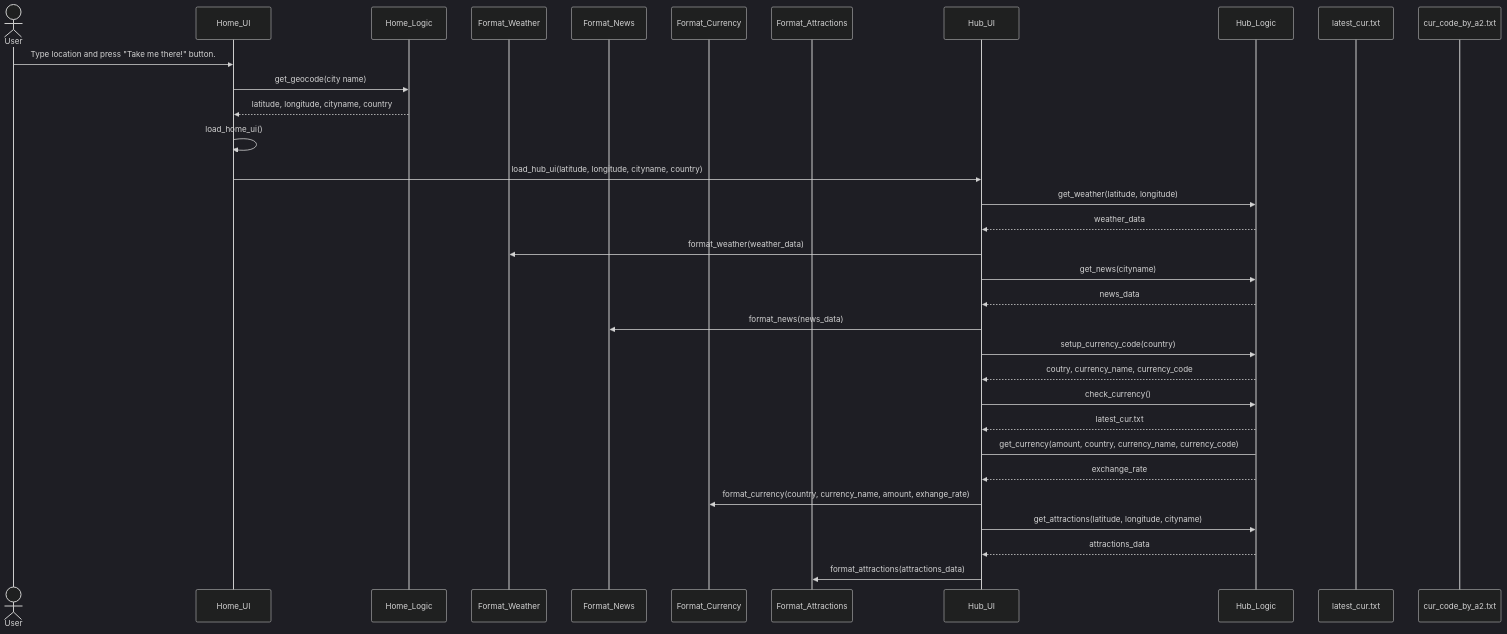
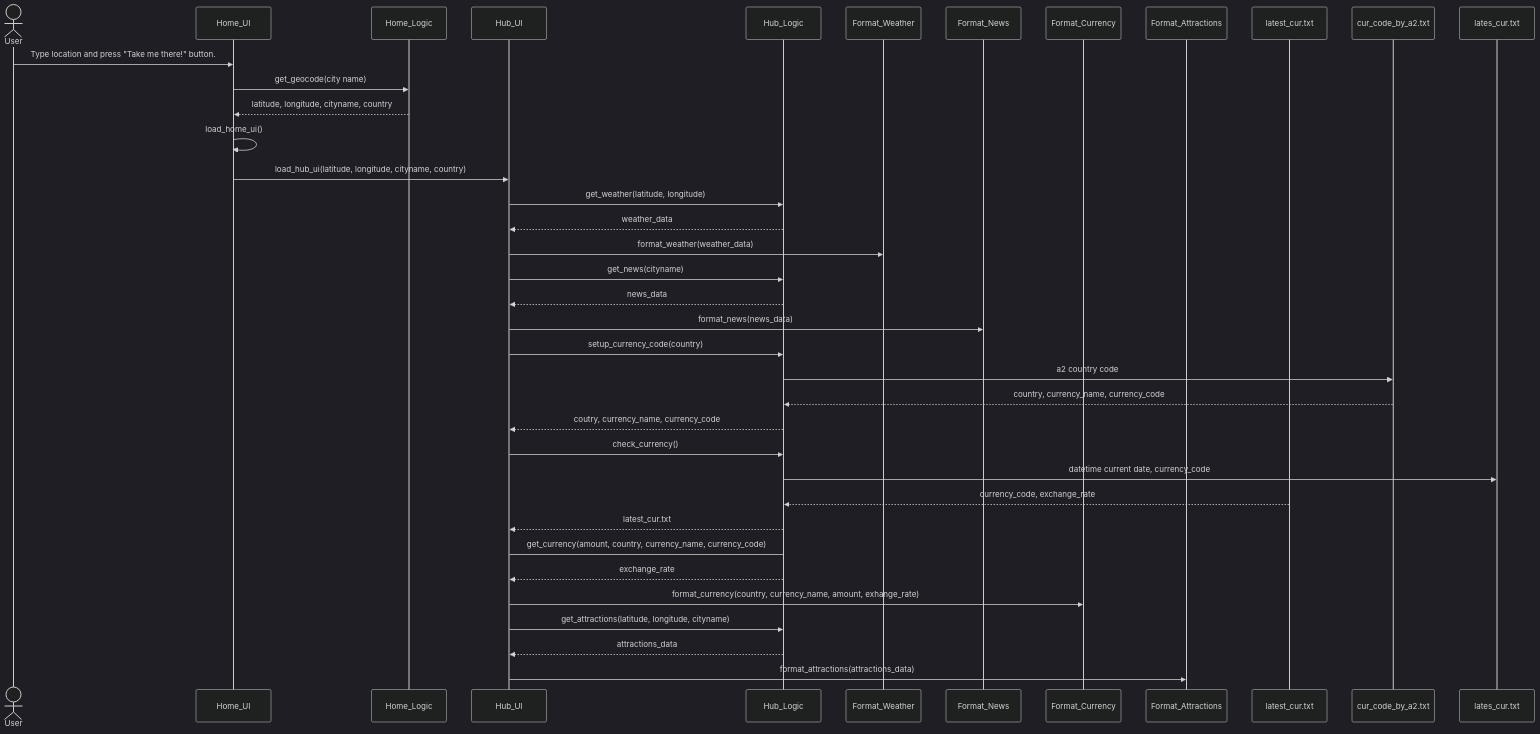
The second of 2 diagrams in dokumentaatio/arkkitehtuuri.md (kodtld/TravelHub), drawn with Mermaid (dark theme) before and after one commit.

````diff
--- a/dokumentaatio/arkkitehtuuri.md
+++ b/dokumentaatio/arkkitehtuuri.md
@@ -184,39 +184,43 @@
 ```mermaid
 sequenceDiagram
   actor User
   participant Home_UI
   participant Home_Logic
+  participant Hub_UI
+  participant Hub_Logic
   participant Format_Weather
   participant Format_News
   participant Format_Currency
   participant Format_Attractions
-  participant Hub_UI
-  participant Hub_Logic
   participant latest_cur.txt
   participant cur_code_by_a2.txt
   User->>Home_UI: Type location and press "Take me there!" button.
   Home_UI->>Home_Logic: get_geocode(city name)
   Home_Logic-->>Home_UI: latitude, longitude, cityname, country
   Home_UI->>Home_UI: load_home_ui()
   Home_UI->>Hub_UI: load_hub_ui(latitude, longitude, cityname, country)
   Hub_UI->>Hub_Logic: get_weather(latitude, longitude)
   Hub_Logic-->>Hub_UI: weather_data
   Hub_UI->>Format_Weather: format_weather(weather_data)
 
   Hub_UI->>Hub_Logic: get_news(cityname)
   Hub_Logic-->>Hub_UI: news_data
   Hub_UI->>Format_News: format_news(news_data)
 
   Hub_UI->>Hub_Logic: setup_currency_code(country)
+  Hub_Logic->>cur_code_by_a2.txt: a2 country code
+  cur_code_by_a2.txt-->>Hub_Logic: country, currency_name, currency_code
   Hub_Logic-->>Hub_UI: coutry, currency_name, currency_code
   Hub_UI->>Hub_Logic: check_currency()
+  Hub_Logic->>lates_cur.txt: datetime current date, currency_code
+  latest_cur.txt-->>Hub_Logic: currency_code, exchange_rate
   Hub_Logic-->>Hub_UI: latest_cur.txt
   Hub_UI->Hub_Logic: get_currency(amount, country, currency_name, currency_code)
   Hub_Logic-->>Hub_UI: exchange_rate
   Hub_UI->>Format_Currency: format_currency(country, currency_name, amount, exhange_rate)
 
   Hub_UI->>Hub_Logic: get_attractions(latitude, longitude, cityname)
   Hub_Logic-->>Hub_UI: attractions_data
   Hub_UI->>Format_Attractions: format_attractions(attractions_data)
 
 ```
````
